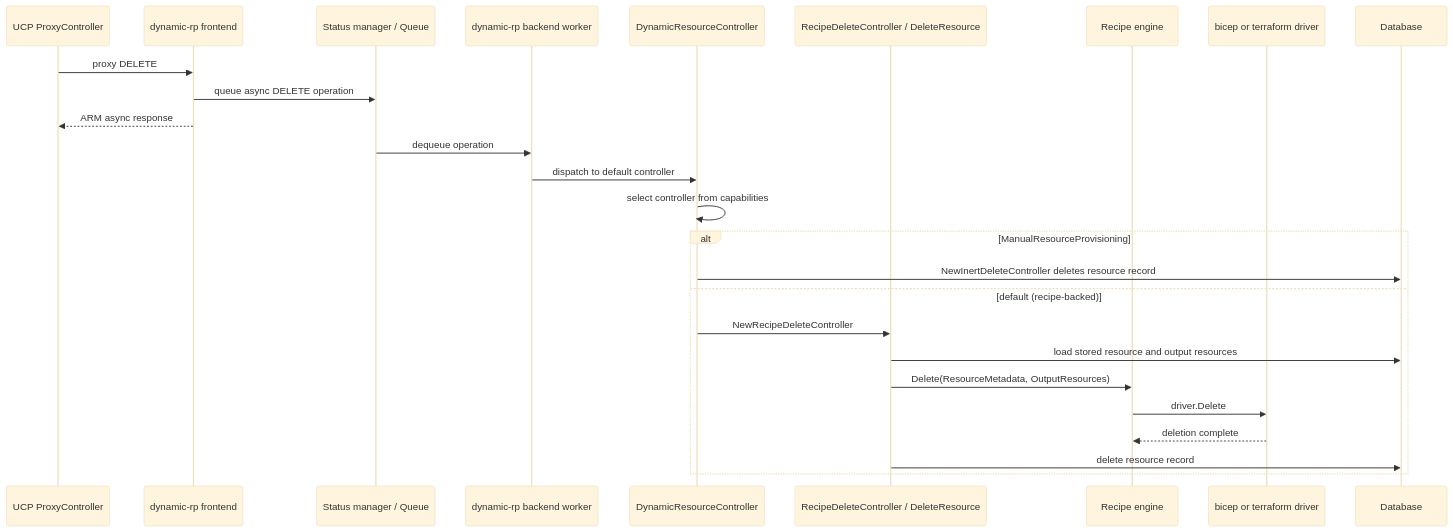
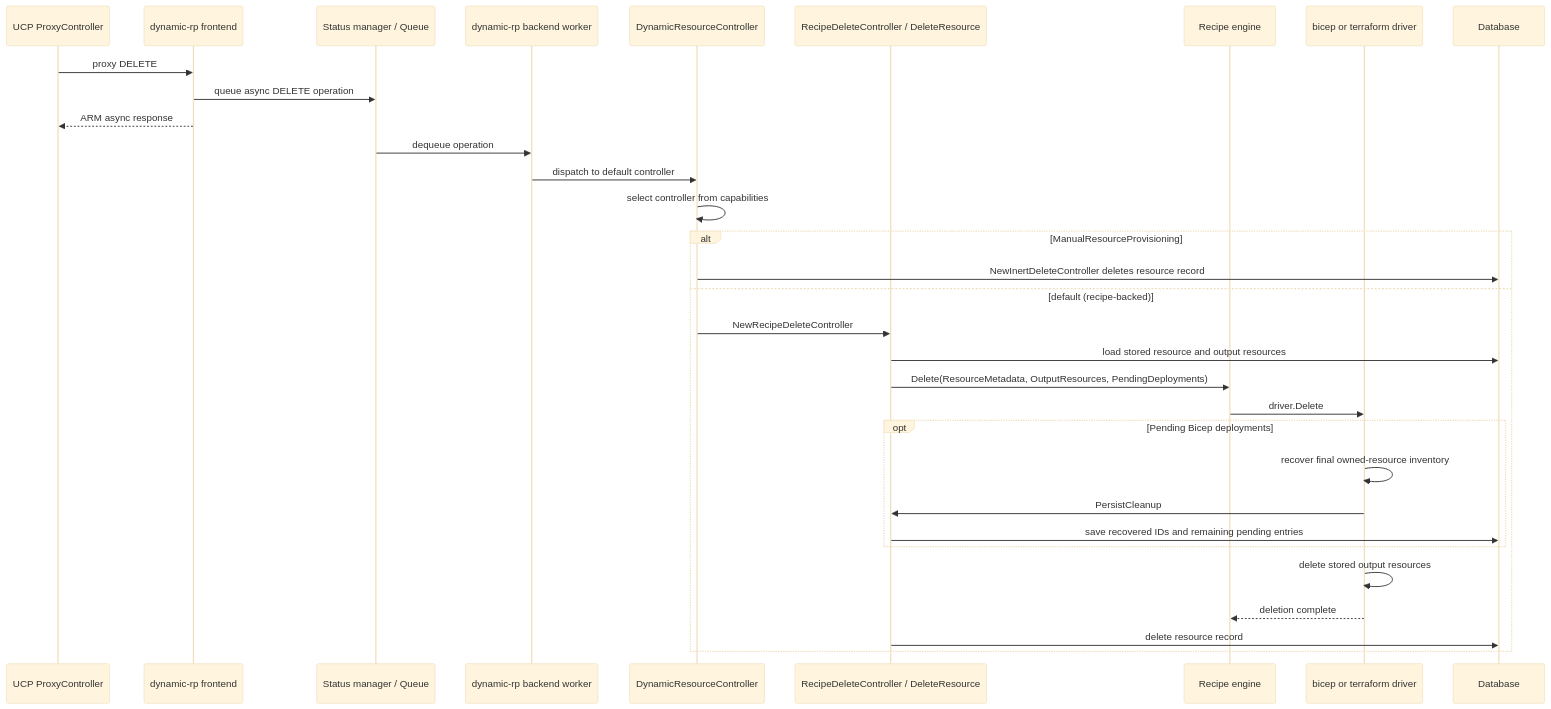
The fourth of 4 diagrams in docs/architecture/extensibility.md (radius-project/radius), drawn with Mermaid (base theme) before and after one commit. The commit also changed other lines of this file and 5 other files, not shown here.

First line of the commit message:
fix(recipes): preserve exact cleanup IDs and polled inventory

````diff
--- a/docs/architecture/extensibility.md
+++ b/docs/architecture/extensibility.md
@@ -568,29 +568,35 @@
 ```mermaid
 sequenceDiagram
   participant UCP as UCP ProxyController
   participant DynFE as dynamic-rp frontend
   participant Async as Status manager / Queue
   participant Worker as dynamic-rp backend worker
   participant DynCtrl as DynamicResourceController
   participant DeleteCtrl as RecipeDeleteController / DeleteResource
   participant Eng as Recipe engine
   participant Drv as bicep or terraform driver
   participant DB as Database
 
   UCP->>DynFE: proxy DELETE
   DynFE->>Async: queue async DELETE operation
   DynFE-->>UCP: ARM async response
   Async->>Worker: dequeue operation
   Worker->>DynCtrl: dispatch to default controller
   DynCtrl->>DynCtrl: select controller from capabilities
   alt ManualResourceProvisioning
     DynCtrl->>DB: NewInertDeleteController deletes resource record
   else default (recipe-backed)
     DynCtrl->>DeleteCtrl: NewRecipeDeleteController
     DeleteCtrl->>DB: load stored resource and output resources
-    DeleteCtrl->>Eng: Delete(ResourceMetadata, OutputResources)
+    DeleteCtrl->>Eng: Delete(ResourceMetadata, OutputResources, PendingDeployments)
     Eng->>Drv: driver.Delete
+    opt Pending Bicep deployments
+      Drv->>Drv: recover final owned-resource inventory
+      Drv->>DeleteCtrl: PersistCleanup
+      DeleteCtrl->>DB: save recovered IDs and remaining pending entries
+    end
+    Drv->>Drv: delete stored output resources
     Drv-->>Eng: deletion complete
     DeleteCtrl->>DB: delete resource record
   end
 ```
````
